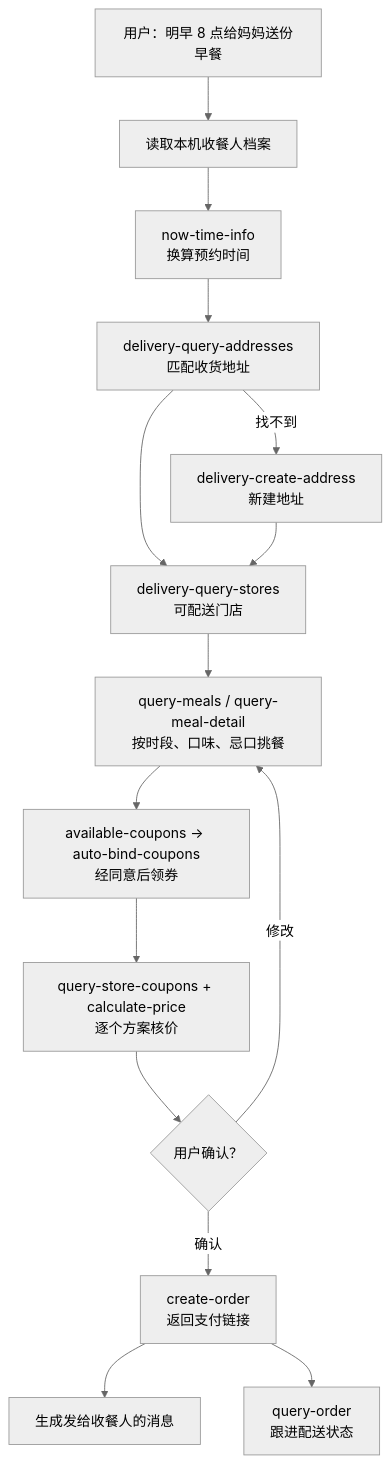
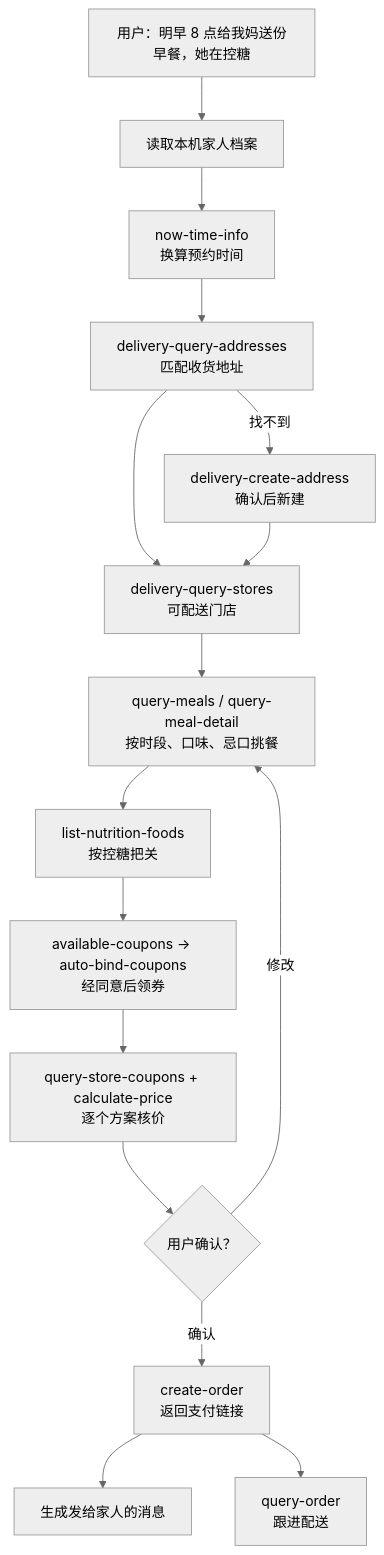
One commit to Remenber-hxh/mcd-feed changed the diagram in MCP_INTEGRATION.md. Above: the diagram before and after it, drawn with Mermaid (neutral theme). The commit also changed other lines of this file and 11 other files, not shown here.

````diff
--- a/MCP_INTEGRATION.md
+++ b/MCP_INTEGRATION.md
@@ -35,17 +59,18 @@
 ```mermaid
 flowchart TD
-    A["用户：明早 8 点给妈妈送份早餐"] --> B[读取本机收餐人档案]
+    A["用户：明早 8 点给我妈送份早餐，她在控糖"] --> B[读取本机家人档案]
     B --> C[now-time-info<br/>换算预约时间]
     C --> D[delivery-query-addresses<br/>匹配收货地址]
-    D -- 找不到 --> D2[delivery-create-address<br/>新建地址]
+    D -- 找不到 --> D2[delivery-create-address<br/>确认后新建]
     D --> E[delivery-query-stores<br/>可配送门店]
     D2 --> E
     E --> F[query-meals / query-meal-detail<br/>按时段、口味、忌口挑餐]
-    F --> G[available-coupons → auto-bind-coupons<br/>经同意后领券]
-    G --> H[query-store-coupons + calculate-price<br/>逐个方案核价]
-    H --> I{用户确认？}
-    I -- 修改 --> F
-    I -- 确认 --> J[create-order<br/>返回支付链接]
-    J --> K[生成发给收餐人的消息]
-    J --> L[query-order<br/>跟进配送状态]
+    F --> G[list-nutrition-foods<br/>按控糖把关]
+    G --> H[available-coupons → auto-bind-coupons<br/>经同意后领券]
+    H --> I[query-store-coupons + calculate-price<br/>逐个方案核价]
+    I --> J{用户确认？}
+    J -- 修改 --> F
+    J -- 确认 --> K[create-order<br/>返回支付链接]
+    K --> L[生成发给家人的消息]
+    K --> M[query-order<br/>跟进配送]
 ```
````
